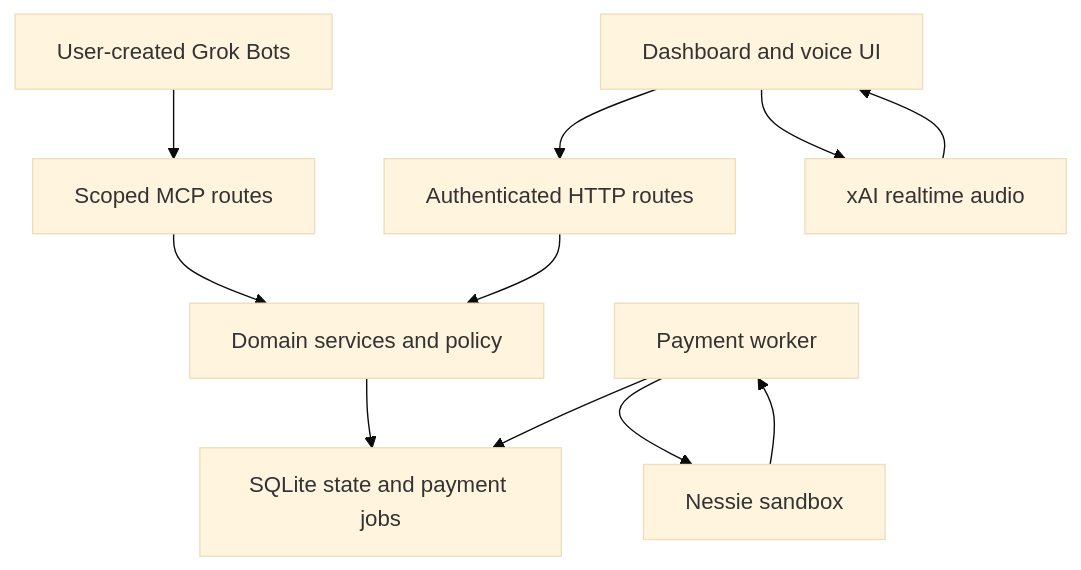
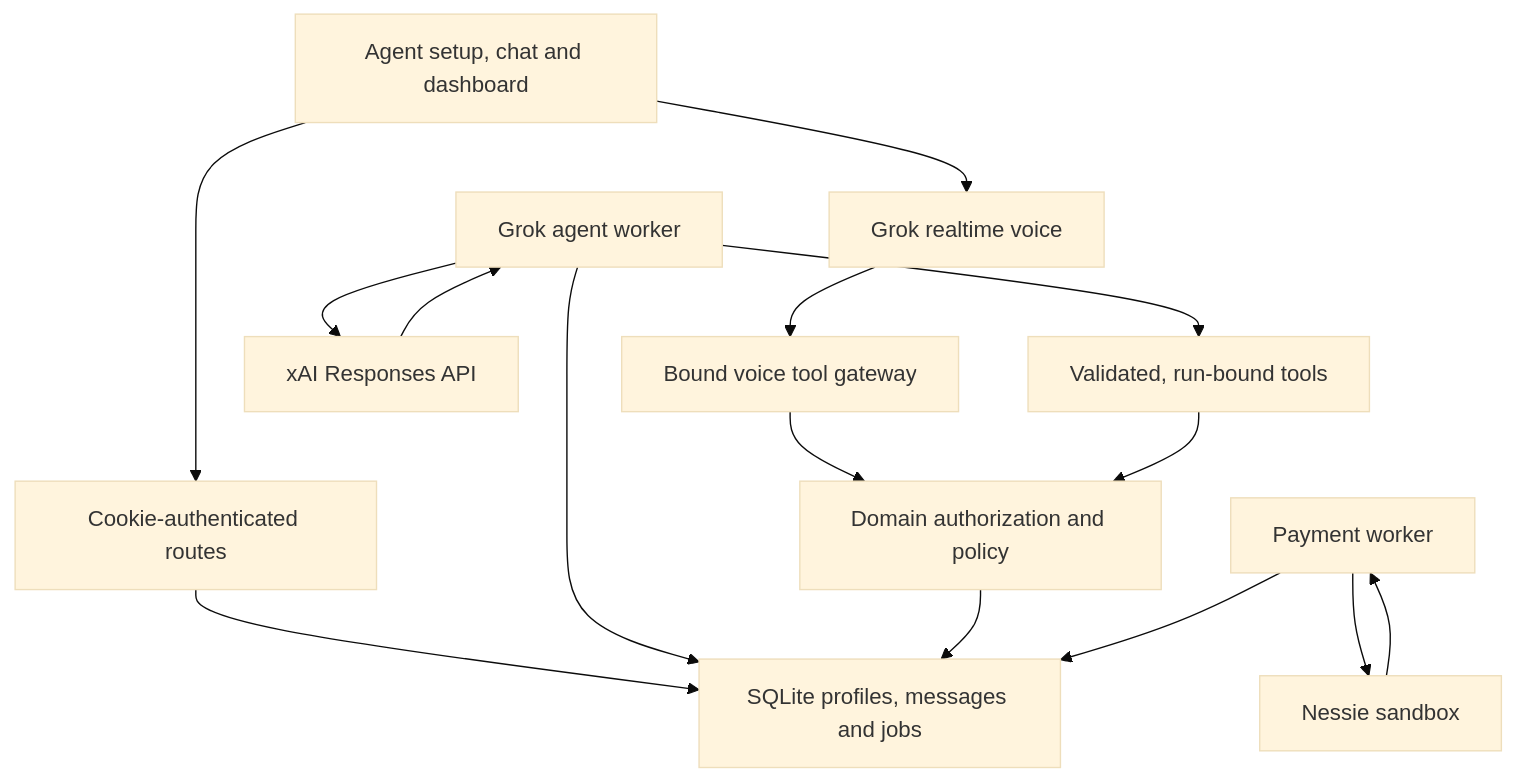
One commit to samuelkim34/sentinel changed the diagram in docs/architecture.md. Above: the diagram before and after it, drawn with Mermaid (base theme). The commit also changed other lines of this file and 86 other files, not shown here.

Commit message:
Add Grok agents, product catalog, and sandbox spending ledger

````diff
--- a/docs/architecture.md
+++ b/docs/architecture.md
@@ -5,13 +5,17 @@
 ```mermaid
 flowchart TD
-  Browser["Dashboard and voice UI"] --> Human["Authenticated HTTP routes"]
-  Grok["User-created Grok Bots"] --> MCP["Scoped MCP routes"]
-  Human --> Domain["Domain services and policy"]
-  MCP --> Domain
-  Domain --> DB["SQLite state and payment jobs"]
-  Worker["Payment worker"] --> DB
-  Worker --> Nessie["Nessie sandbox"]
-  Nessie --> Worker
-  Browser --> Voice["xAI realtime audio"]
-  Voice --> Browser
+  UI["Agent setup, chat and dashboard"] --> HTTP["Cookie-authenticated routes"]
+  UI --> Voice["Grok realtime voice"]
+  Voice --> Gateway["Bound voice tool gateway"]
+  HTTP --> DB["SQLite profiles, messages and jobs"]
+  Gateway --> Domain["Domain authorization and policy"]
+  Agent["Grok agent worker"] --> DB
+  Agent --> Grok["xAI Responses API"]
+  Grok --> Agent
+  Agent --> Tools["Validated, run-bound tools"]
+  Tools --> Domain
+  Domain --> DB
+  Payment["Payment worker"] --> DB
+  Payment --> Nessie["Nessie sandbox"]
+  Nessie --> Payment
 ```
````
